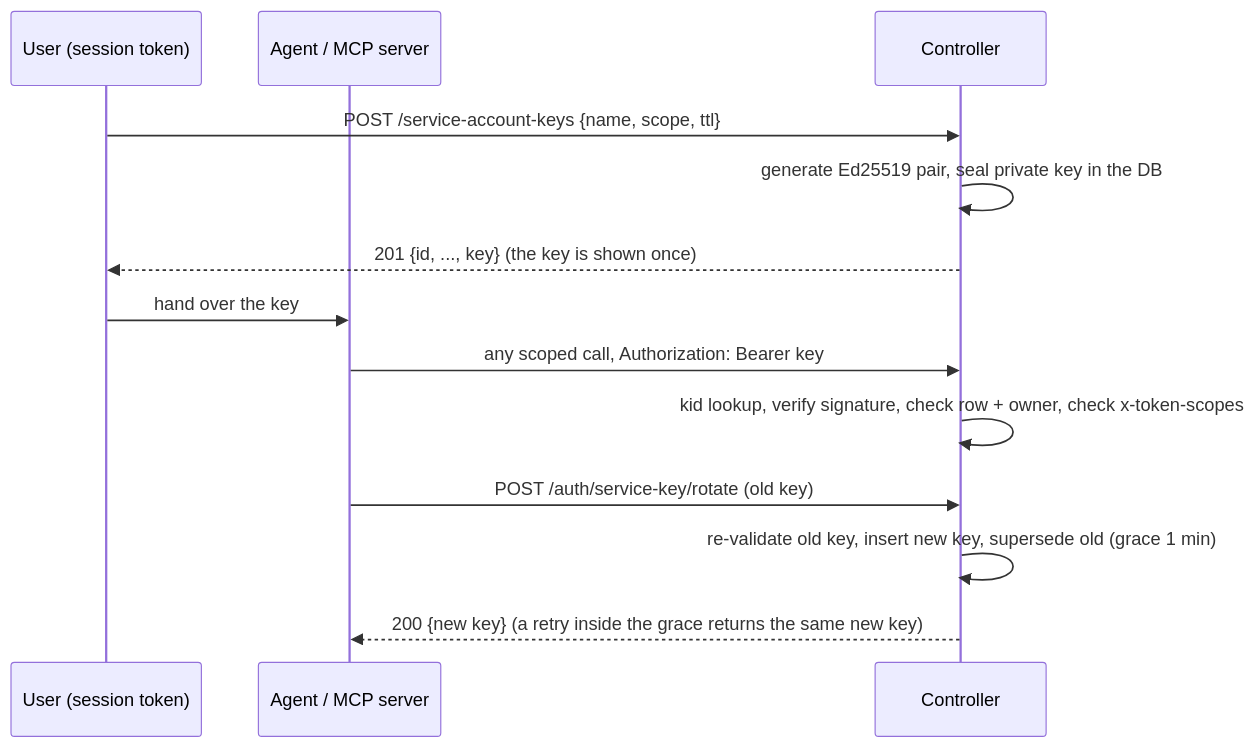
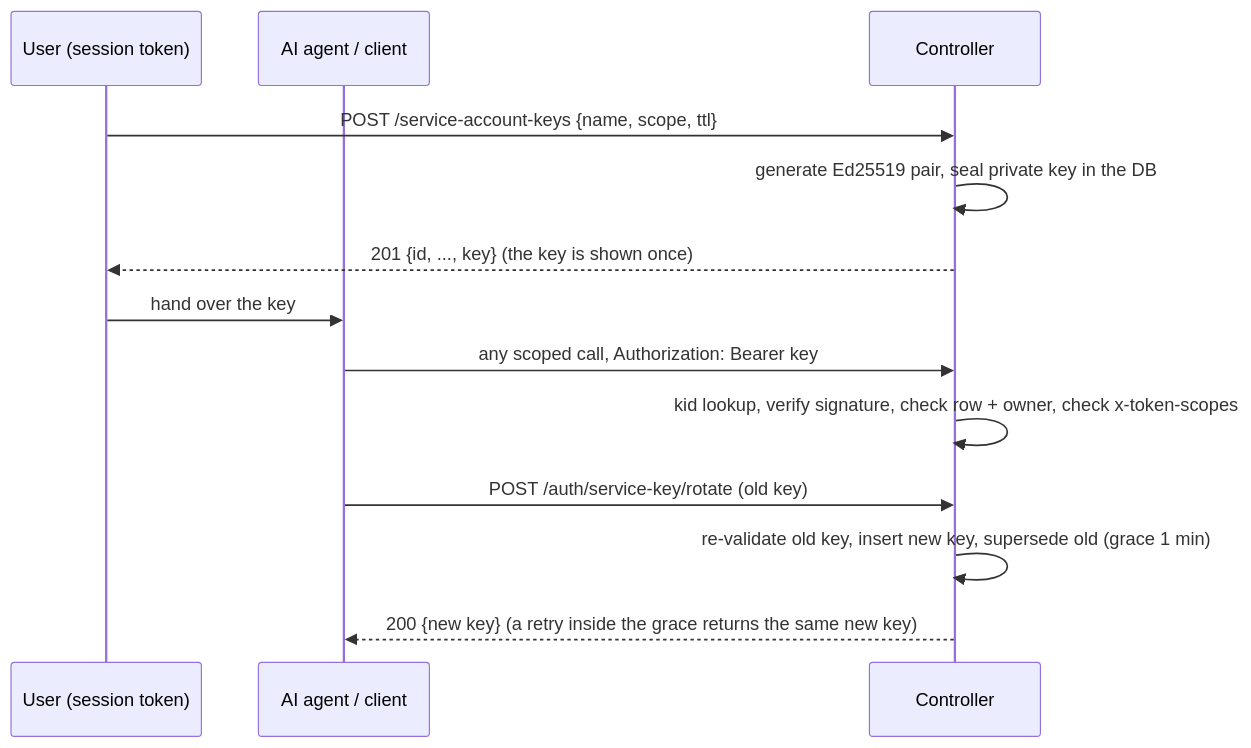
The first of 2 diagrams in docs/design/architecture.md (thanhtunguet/SmartHomeCore), drawn with Mermaid before and after one commit. The commit also changed other lines of this file and 16 other files, not shown here.

First line of the commit message:
Implement MCP server with JSON-RPC 2.0 support and associated tests

````diff
--- a/docs/design/architecture.md
+++ b/docs/design/architecture.md
@@ -609,15 +609,15 @@
 ```mermaid
 sequenceDiagram
     participant U as User (session token)
-    participant A as Agent / MCP server
+    participant A as AI agent / client
     participant C as Controller
     U->>C: POST /service-account-keys {name, scope, ttl}
     C->>C: generate Ed25519 pair, seal private key in the DB
     C-->>U: 201 {id, ..., key} (the key is shown once)
     U->>A: hand over the key
     A->>C: any scoped call, Authorization: Bearer key
     C->>C: kid lookup, verify signature, check row + owner, check x-token-scopes
     A->>C: POST /auth/service-key/rotate (old key)
     C->>C: re-validate old key, insert new key, supersede old (grace 1 min)
     C-->>A: 200 {new key} (a retry inside the grace returns the same new key)
 ```
````
